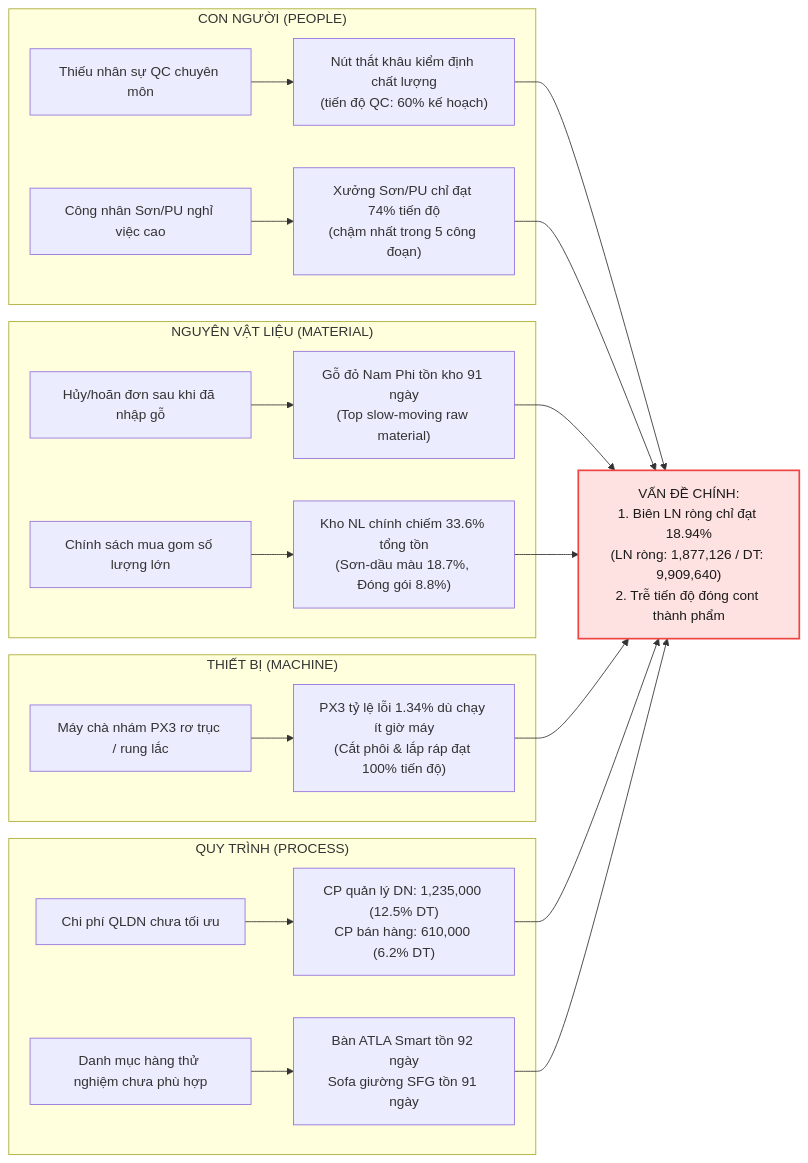
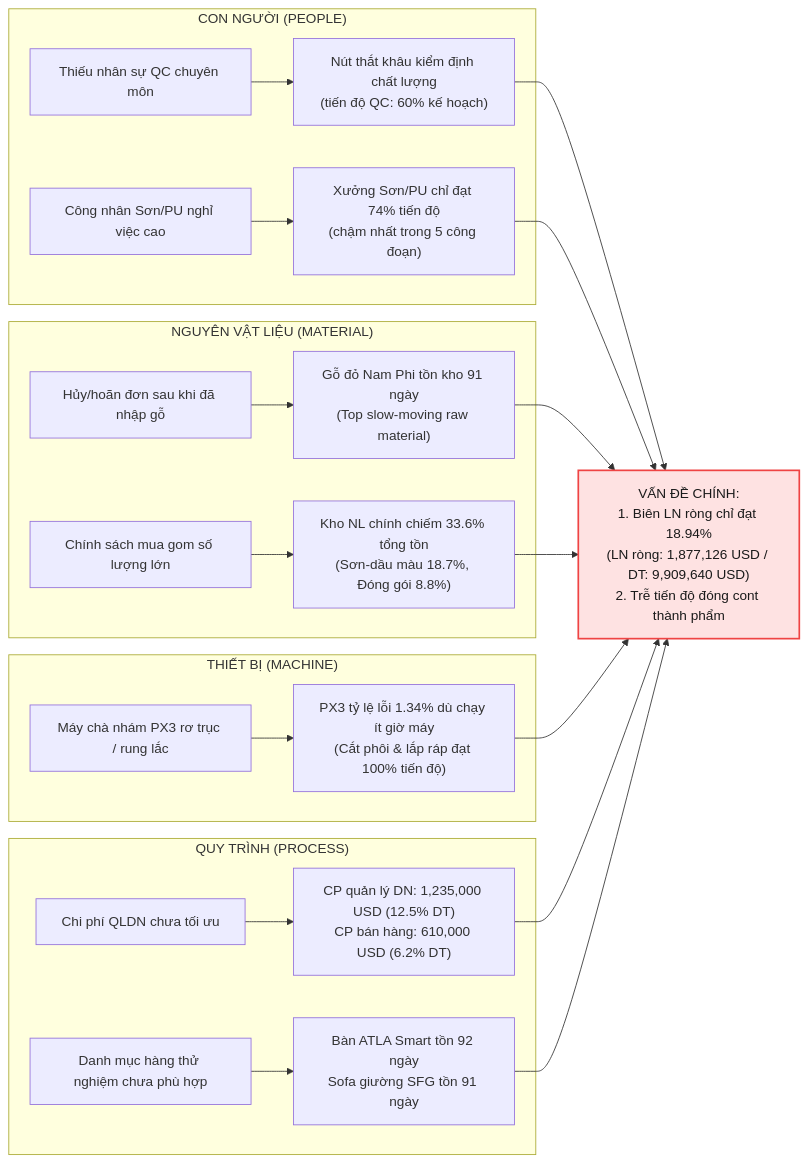
One commit to BachNguyen2kx/verp-dashboard changed the first of 2 diagrams in README_VI.md. Above: the diagram before and after it, drawn with Mermaid. The commit also changed other lines of this file and 1 other file, not shown here.

Commit message:
docs: add explicit USD currency labels to all monetary figures in fishbone diagram and analysis

````diff
--- a/README_VI.md
+++ b/README_VI.md
@@ -89,33 +89,33 @@
 ```mermaid
 graph LR
     subgraph PEOPLE ["CON NGƯỜI (PEOPLE)"]
         P1["Thiếu nhân sự QC chuyên môn"] --> P1_Detail["Nút thắt khâu kiểm định chất lượng<br>(tiến độ QC: 60% kế hoạch)"]
         P2["Công nhân Sơn/PU nghỉ việc cao"] --> P2_Detail["Xưởng Sơn/PU chỉ đạt 74% tiến độ<br>(chậm nhất trong 5 công đoạn)"]
     end
 
     subgraph MATERIAL ["NGUYÊN VẬT LIỆU (MATERIAL)"]
         M1["Hủy/hoãn đơn sau khi đã nhập gỗ"] --> M1_Detail["Gỗ đỏ Nam Phi tồn kho 91 ngày<br>(Top slow-moving raw material)"]
         M2["Chính sách mua gom số lượng lớn"] --> M2_Detail["Kho NL chính chiếm 33.6% tổng tồn<br>(Sơn-dầu màu 18.7%, Đóng gói 8.8%)"]
     end
 
     subgraph MACHINE ["THIẾT BỊ (MACHINE)"]
         MC1["Máy chà nhám PX3 rơ trục / rung lắc"] --> MC1_Detail["PX3 tỷ lệ lỗi 1.34% dù chạy ít giờ máy<br>(Cắt phôi & lắp ráp đạt 100% tiến độ)"]
     end
 
     subgraph PROCESS ["QUY TRÌNH (PROCESS)"]
-        PR1["Chi phí QLDN chưa tối ưu"] --> PR1_Detail["CP quản lý DN: 1,235,000 (12.5% DT)<br>CP bán hàng: 610,000 (6.2% DT)"]
+        PR1["Chi phí QLDN chưa tối ưu"] --> PR1_Detail["CP quản lý DN: 1,235,000 USD (12.5% DT)<br>CP bán hàng: 610,000 USD (6.2% DT)"]
         PR2["Danh mục hàng thử nghiệm chưa phù hợp"] --> PR2_Detail["Bàn ATLA Smart tồn 92 ngày<br>Sofa giường SFG tồn 91 ngày"]
     end
 
     P1_Detail --> Problem
     P2_Detail --> Problem
     M1_Detail --> Problem
     M2_Detail --> Problem
     MC1_Detail --> Problem
     PR1_Detail --> Problem
     PR2_Detail --> Problem
 
-    Problem["VẤN ĐỀ CHÍNH:<br>1. Biên LN ròng chỉ đạt 18.94%<br>(LN ròng: 1,877,126 / DT: 9,909,640)<br>2. Trễ tiến độ đóng cont thành phẩm"]
+    Problem["VẤN ĐỀ CHÍNH:<br>1. Biên LN ròng chỉ đạt 18.94%<br>(LN ròng: 1,877,126 USD / DT: 9,909,640 USD)<br>2. Trễ tiến độ đóng cont thành phẩm"]
 
     style Problem fill:#fee2e2,stroke:#ef4444,stroke-width:2px,color:#1a1a1a;
 ```
````
